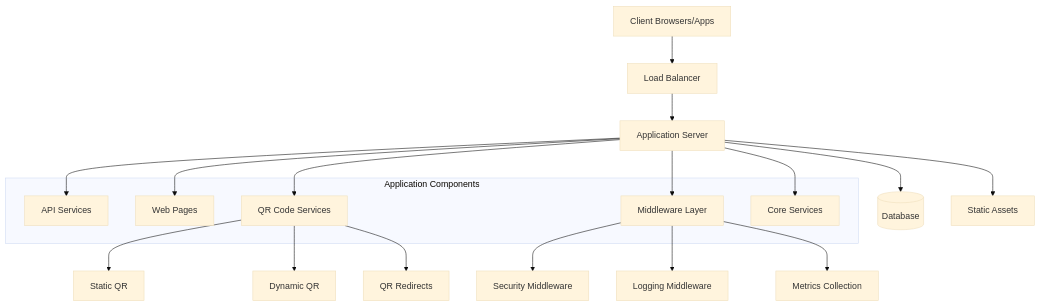
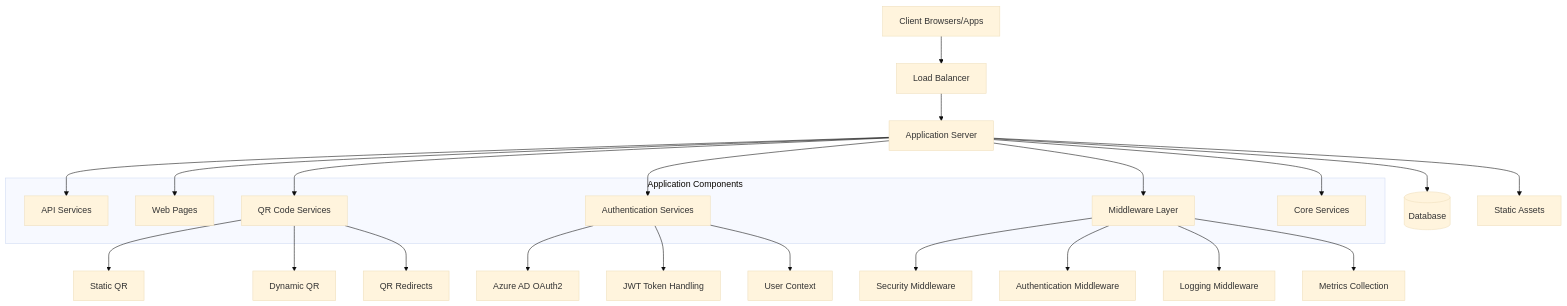
Before and after one commit to gsinghjay/mvp_qr_gen: the first of 10 diagrams in STORY.md, drawn with Mermaid (base theme). The commit also changed other lines of this file and 1 other file, not shown here.

Commit message:
chore: updated diagrams

````diff
--- a/STORY.md
+++ b/STORY.md
@@ -9,30 +9,37 @@
 ```mermaid
 graph TD
     Client[Client Browsers/Apps] --> Load[Load Balancer]
     Load --> App[Application Server]
     App --> DB[(Database)]
     
     App --> Static[Static Assets]
     
     subgraph "Application Components"
         API[API Services]
         Web[Web Pages]
         QR[QR Code Services]
+        Auth[Authentication Services]
         Middleware[Middleware Layer]
         Core[Core Services]
     end
     
     App --> API
     App --> Web
     App --> QR
+    App --> Auth
     App --> Middleware
     App --> Core
     
     Middleware --> Security[Security Middleware]
+    Middleware --> AuthMiddleware[Authentication Middleware]
     Middleware --> Logging[Logging Middleware]
     Middleware --> Metrics[Metrics Collection]
     
     QR --> StaticQR[Static QR]
     QR --> DynamicQR[Dynamic QR]
     QR --> RedirectQR[QR Redirects]
+    
+    Auth --> OAuth2[Azure AD OAuth2]
+    Auth --> JWTHandling[JWT Token Handling]
+    Auth --> UserContext[User Context]
 ```
````
